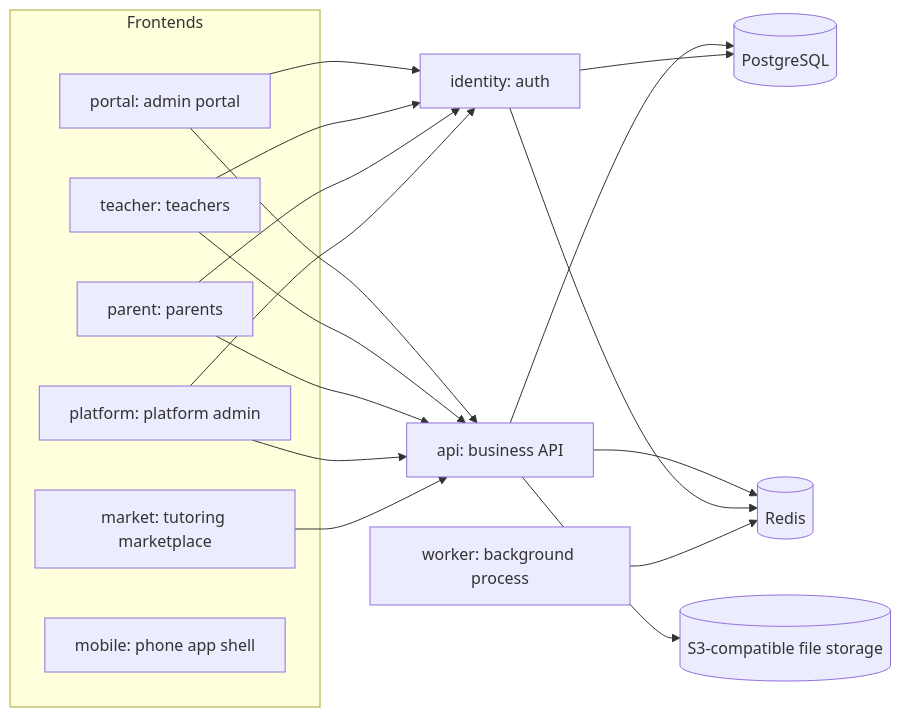
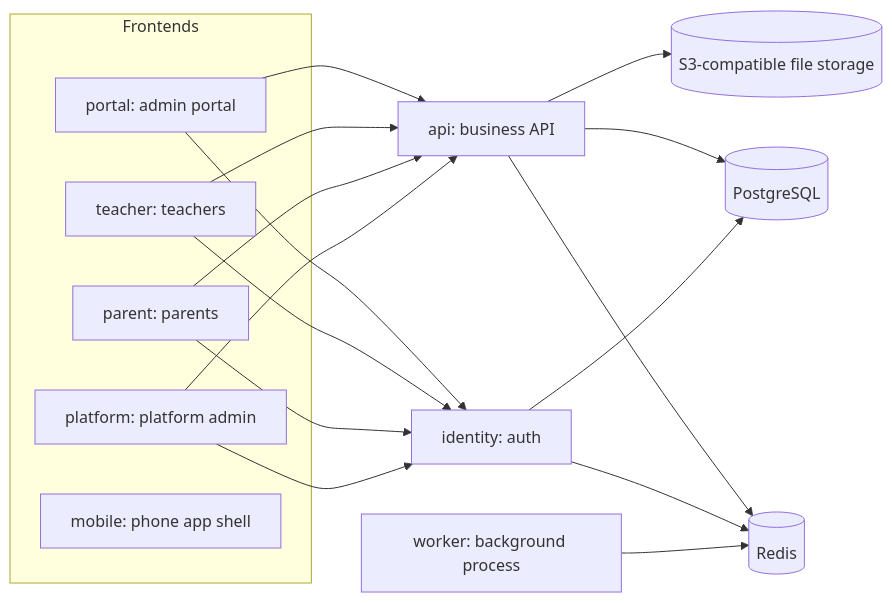
The diagram in README.en.md (luckyshopvn/school_management), drawn with Mermaid before and after one commit. The commit also changed other lines of this file and 157 other files, not shown here.

````diff
--- a/README.en.md
+++ b/README.en.md
@@ -34,19 +34,18 @@
 ```mermaid
 flowchart LR
   subgraph Frontends
     portal[portal: admin portal]
     teacher[teacher: teachers]
     parent[parent: parents]
     platform[platform: platform admin]
-    market[market: tutoring marketplace]
     mobile[mobile: phone app shell]
   end
-  portal & teacher & parent & platform & market --> api
+  portal & teacher & parent & platform --> api
   portal & teacher & parent & platform --> identity
   api[api: business API] --> pg[(PostgreSQL)]
   identity[identity: auth] --> pg
   api --> redis[(Redis)]
   identity --> redis
   worker[worker: background process] --> redis
   api --> s3[(S3-compatible file storage)]
 ```
````
